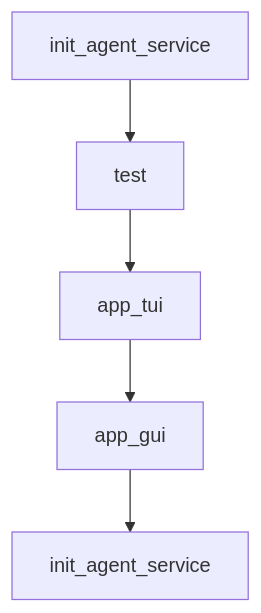
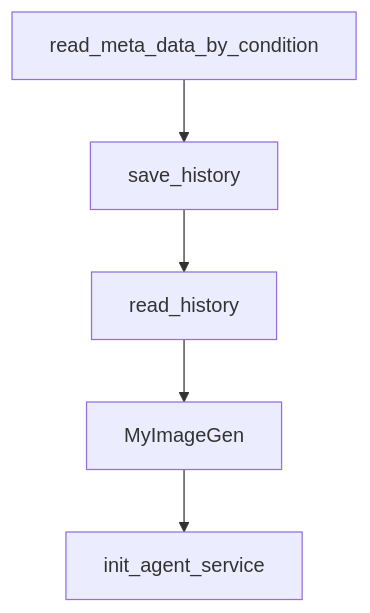
The diagram in tutorials/qwen-agent-tutorial/08-contribution-workflow-and-production-governance.md (johnxie/awesome-code-docs), drawn with Mermaid before and after one commit. The commit also changed other lines of this file and 1232 other files, not shown here.

````diff
--- a/tutorials/qwen-agent-tutorial/08-contribution-workflow-and-production-governance.md
+++ b/tutorials/qwen-agent-tutorial/08-contribution-workflow-and-production-governance.md
@@ -197,12 +183,12 @@
 ```mermaid
 flowchart TD
-    A[init_agent_service]
-    B[test]
-    C[app_tui]
-    D[app_gui]
+    A[read_meta_data_by_condition]
+    B[save_history]
+    C[read_history]
+    D[MyImageGen]
     E[init_agent_service]
     A --> B
     B --> C
     C --> D
     D --> E
 ```
````
